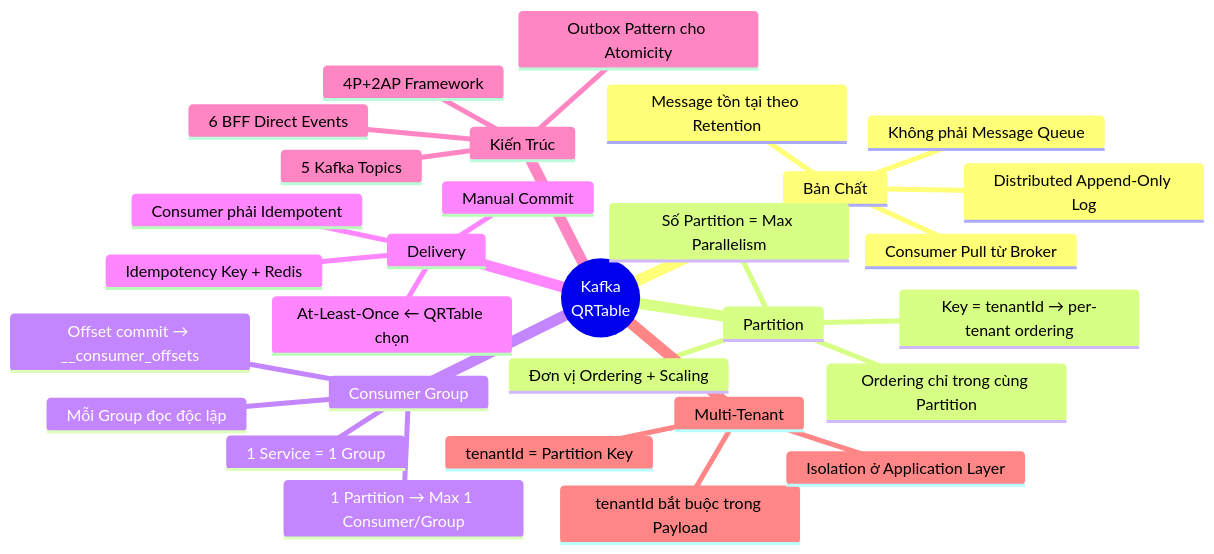
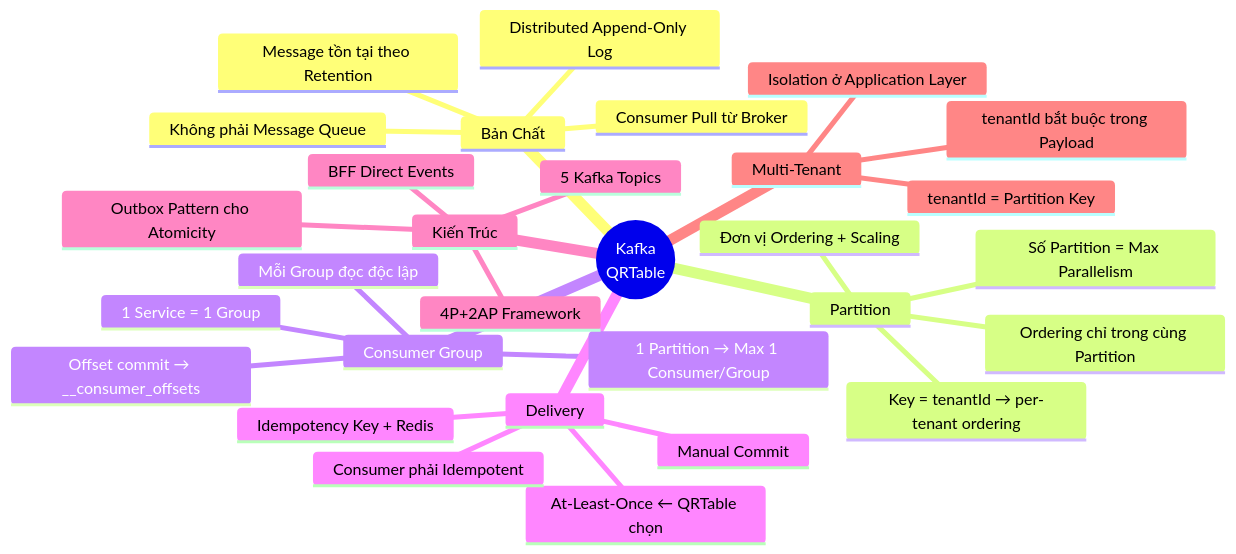
One commit to quan-vo-dinh/saas-pos-microservices-qrtable changed diagram 38 of 38 in docs/guides/kafka-qrtable.md. Above: the diagram before and after it, drawn with Mermaid. The commit also changed other lines of this file and 10 other files, not shown here.

````diff
--- a/docs/guides/kafka-qrtable.md
+++ b/docs/guides/kafka-qrtable.md
@@ -1764,33 +1763,33 @@
 ```mermaid
 mindmap
   root((Kafka<br/>QRTable))
     Bản Chất
       Distributed Append-Only Log
       Consumer Pull từ Broker
       Message tồn tại theo Retention
       Không phải Message Queue
     Partition
       Đơn vị Ordering + Scaling
       Ordering chỉ trong cùng Partition
       Số Partition = Max Parallelism
       Key = tenantId → per-tenant ordering
     Consumer Group
       Mỗi Group đọc độc lập
       1 Partition → Max 1 Consumer/Group
       1 Service = 1 Group
       Offset commit → __consumer_offsets
     Delivery
       At-Least-Once ← QRTable chọn
       Consumer phải Idempotent
       Idempotency Key + Redis
       Manual Commit
     Kiến Trúc
       4P+2AP Framework
       5 Kafka Topics
-      6 BFF Direct Events
+      BFF Direct Events
       Outbox Pattern cho Atomicity
     Multi-Tenant
       tenantId = Partition Key
       tenantId bắt buộc trong Payload
       Isolation ở Application Layer
 ```
````
